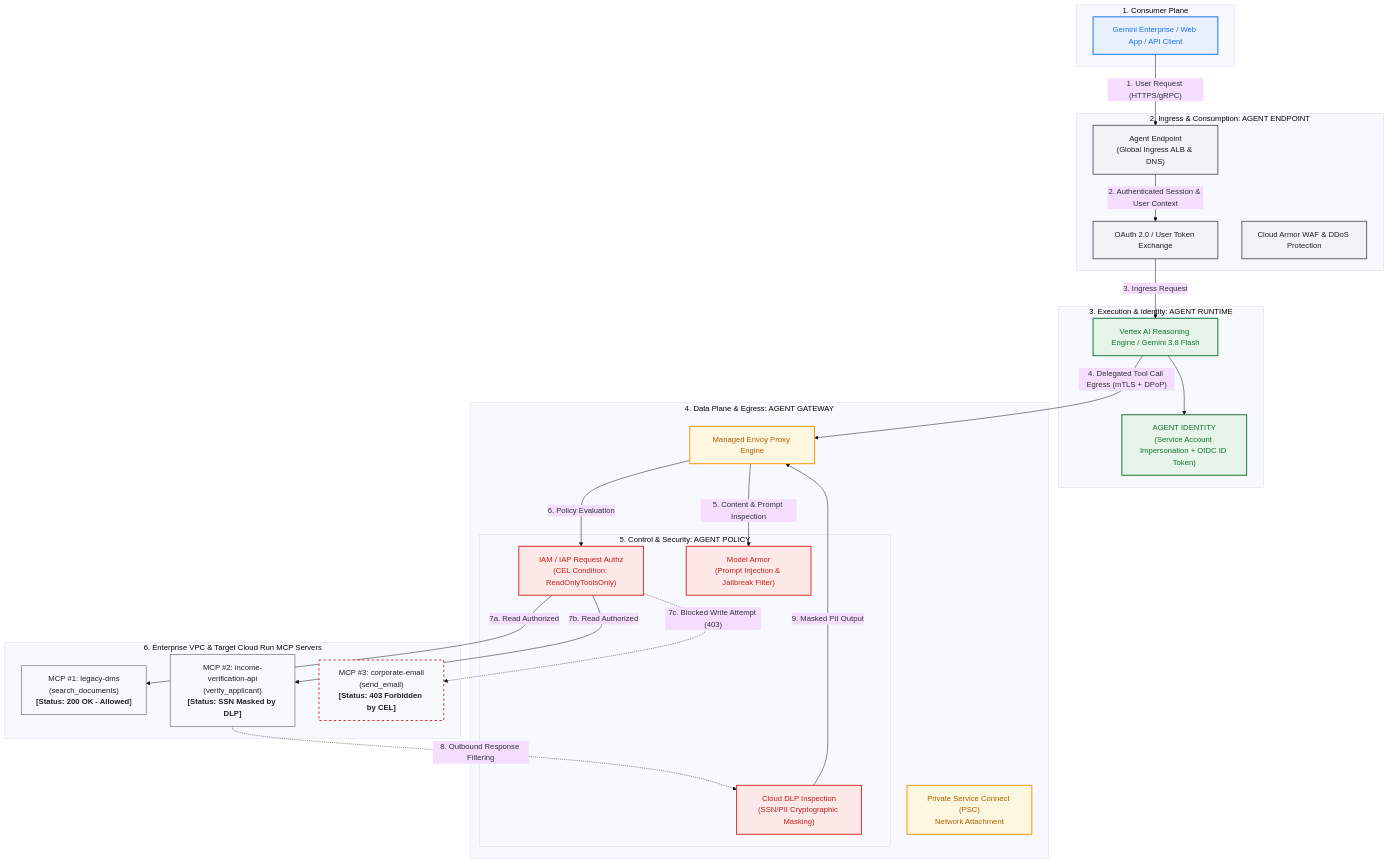
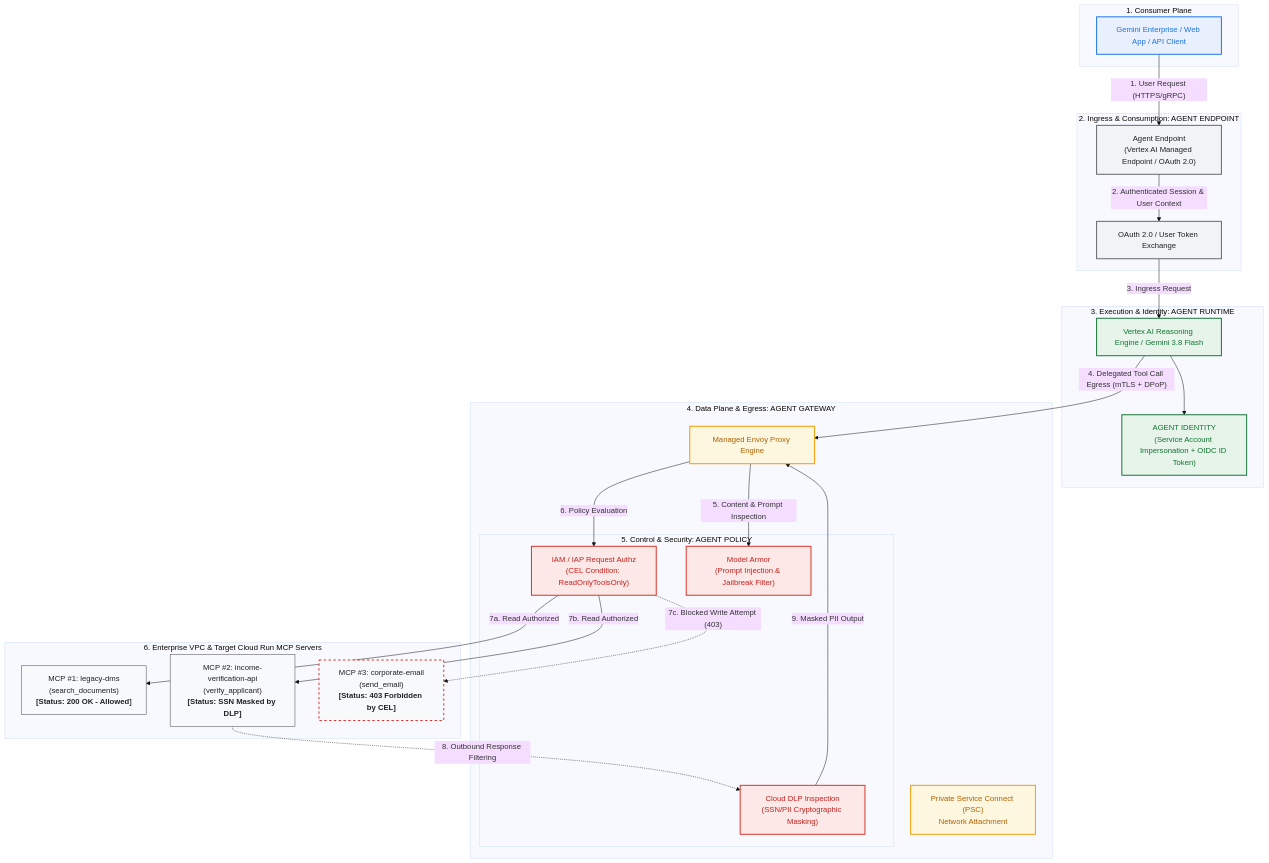
The diagram in README.md (ddiger/gemini-enterprise-agent-engine), drawn with Mermaid (base theme) before and after one commit. The commit also changed other lines of this file and 2 other files, not shown here.

Commit message:
docs: remove redundant Cloud Armor references and ground Agent Endpoint to Google Managed API

````diff
--- a/README.md
+++ b/README.md
@@ -15,58 +15,57 @@
 ```mermaid
 flowchart TD
     classDef client fill:#E8F0FE,stroke:#1A73E8,stroke-width:2px,color:#1A73E8;
     classDef ingress fill:#F1F3F4,stroke:#5F6368,stroke-width:2px,color:#202124;
     classDef runtime fill:#E6F4EA,stroke:#137333,stroke-width:2px,color:#137333;
     classDef gateway fill:#FEF7E0,stroke:#F29900,stroke-width:2px,color:#B06000;
     classDef policy fill:#FCE8E6,stroke:#D93025,stroke-width:2px,color:#C5221F;
     classDef backend fill:#F8F9FA,stroke:#3C4043,stroke-width:1px,color:#202124;
 
     subgraph CLIENT_LAYER["1. Consumer Plane"]
         Client["Gemini Enterprise / Web App / API Client"]:::client
     end
 
     subgraph INGRESS_LAYER["2. Ingress & Consumption: AGENT ENDPOINT"]
-        Endpoint["Agent Endpoint<br/>(Global Ingress ALB & DNS)"]:::ingress
+        Endpoint["Agent Endpoint<br/>(Vertex AI Managed Endpoint / OAuth 2.0)"]:::ingress
         OAuth["OAuth 2.0 / User Token Exchange"]:::ingress
-        CloudArmor["Cloud Armor WAF & DDoS Protection"]:::ingress
     end
 
     subgraph RUNTIME_LAYER["3. Execution & Identity: AGENT RUNTIME"]
         Runtime["Vertex AI Reasoning Engine / Gemini 3.8 Flash"]:::runtime
         Identity["AGENT IDENTITY<br/>(Service Account Impersonation + OIDC ID Token)"]:::runtime
     end
 
     subgraph GATEWAY_LAYER["4. Data Plane & Egress: AGENT GATEWAY"]
         Envoy["Managed Envoy Proxy Engine"]:::gateway
         PSC["Private Service Connect (PSC)<br/>Network Attachment"]:::gateway
         
         subgraph POLICY_LAYER["5. Control & Security: AGENT POLICY"]
             CEL["IAM / IAP Request Authz<br/>(CEL Condition: ReadOnlyToolsOnly)"]:::policy
             ModelArmor["Model Armor<br/>(Prompt Injection & Jailbreak Filter)"]:::policy
             DLP["Cloud DLP Inspection<br/>(SSN/PII Cryptographic Masking)"]:::policy
         end
     end
 
     subgraph BACKEND_LAYER["6. Enterprise VPC & Target Cloud Run MCP Servers"]
         DMS["MCP #1: legacy-dms<br/>(search_documents)<br/><b>[Status: 200 OK - Allowed]</b>"]:::backend
         Payroll["MCP #2: income-verification-api<br/>(verify_applicant)<br/><b>[Status: SSN Masked by DLP]</b>"]:::backend
         Email["MCP #3: corporate-email<br/>(send_email)<br/><b>[Status: 403 Forbidden by CEL]</b>"]:::backend
     end
 
     Client -->|"1. User Request (HTTPS/gRPC)"| Endpoint
     Endpoint -->|"2. Authenticated Session & User Context"| OAuth
     OAuth -->|"3. Ingress Request"| Runtime
     Runtime --> Identity
     Runtime -->|"4. Delegated Tool Call Egress (mTLS + DPoP)"| Envoy
 
     Envoy -->|"5. Content & Prompt Inspection"| ModelArmor
     Envoy -->|"6. Policy Evaluation"| CEL
     
     CEL -->|"7a. Read Authorized"| DMS
     CEL -->|"7b. Read Authorized"| Payroll
     Payroll -.->|"8. Outbound Response Filtering"| DLP
     DLP -->|"9. Masked PII Output"| Envoy
     
     CEL -.->|"7c. Blocked Write Attempt (403)"| Email
     style Email stroke:#D93025,stroke-width:2px,stroke-dasharray: 5 5;
 ```
````
